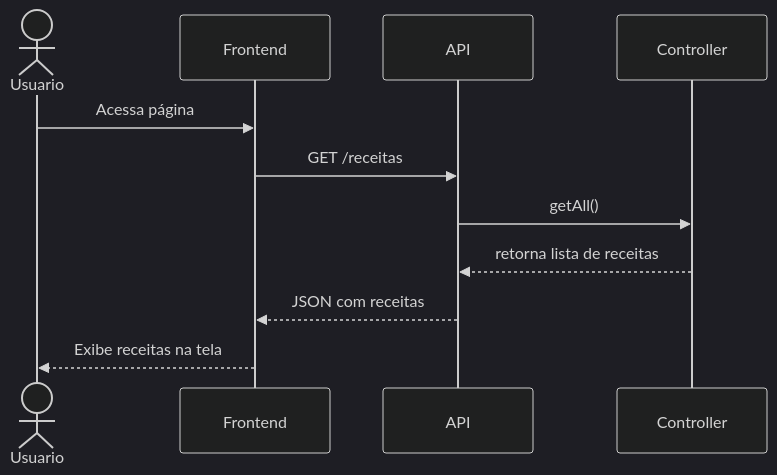
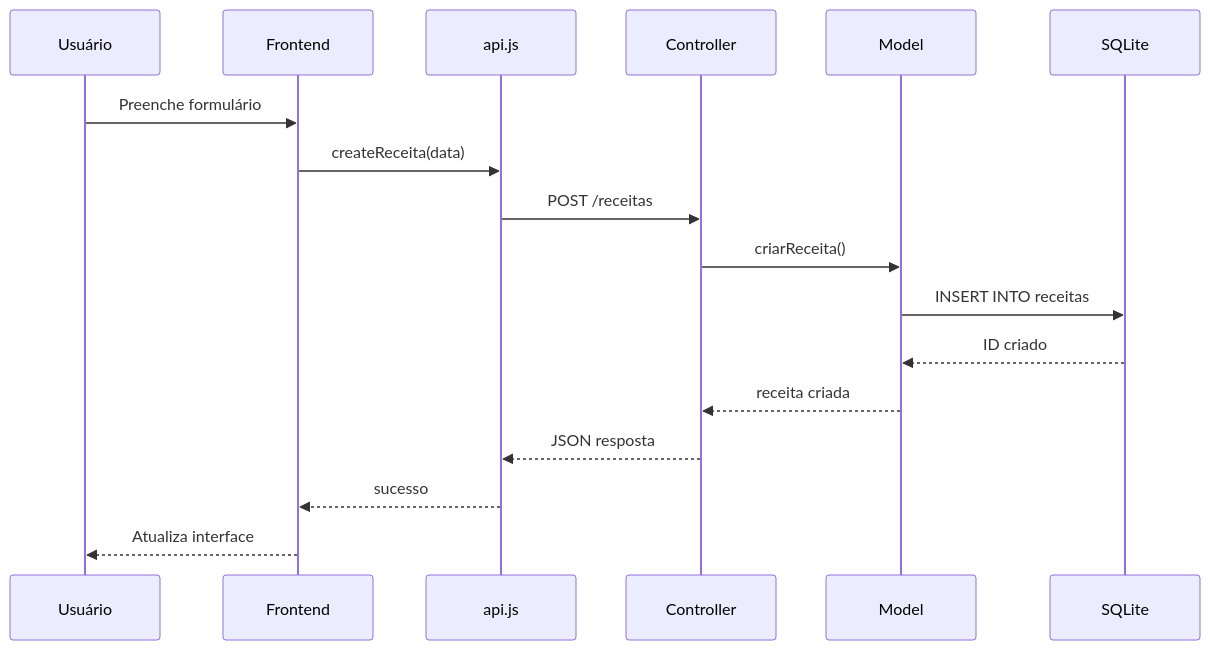
Before and after one commit to alvesgabb/projeto-integrador-web3: the fourth of 4 diagrams in docs/diagramas.md, drawn with Mermaid. The commit also changed other lines of this file and 4 other files, not shown here.

Commit message:
docs: adiciona diagramas e testes

````diff
--- a/docs/diagramas.md
+++ b/docs/diagramas.md
@@ -81,18 +123,21 @@
 ```mermaid
----
-config:
-  theme: dark
----
 sequenceDiagram
-actor Usuario
-participant Frontend
-participant API
-participant Controller
 
-Usuario->>Frontend: Acessa página
-Frontend->>API: GET /receitas
-API->>Controller: getAll()
-Controller-->>API: retorna lista de receitas
-API-->>Frontend: JSON com receitas
-Frontend-->>Usuario: Exibe receitas na tela
+participant U as Usuário
+participant F as Frontend
+participant API as api.js
+participant C as Controller
+participant M as Model
+participant DB as SQLite
+
+U->>F: Preenche formulário
+F->>API: createReceita(data)
+API->>C: POST /receitas
+C->>M: criarReceita()
+M->>DB: INSERT INTO receitas
+DB-->>M: ID criado
+M-->>C: receita criada
+C-->>API: JSON resposta
+API-->>F: sucesso
+F-->>U: Atualiza interface
 ```
````
